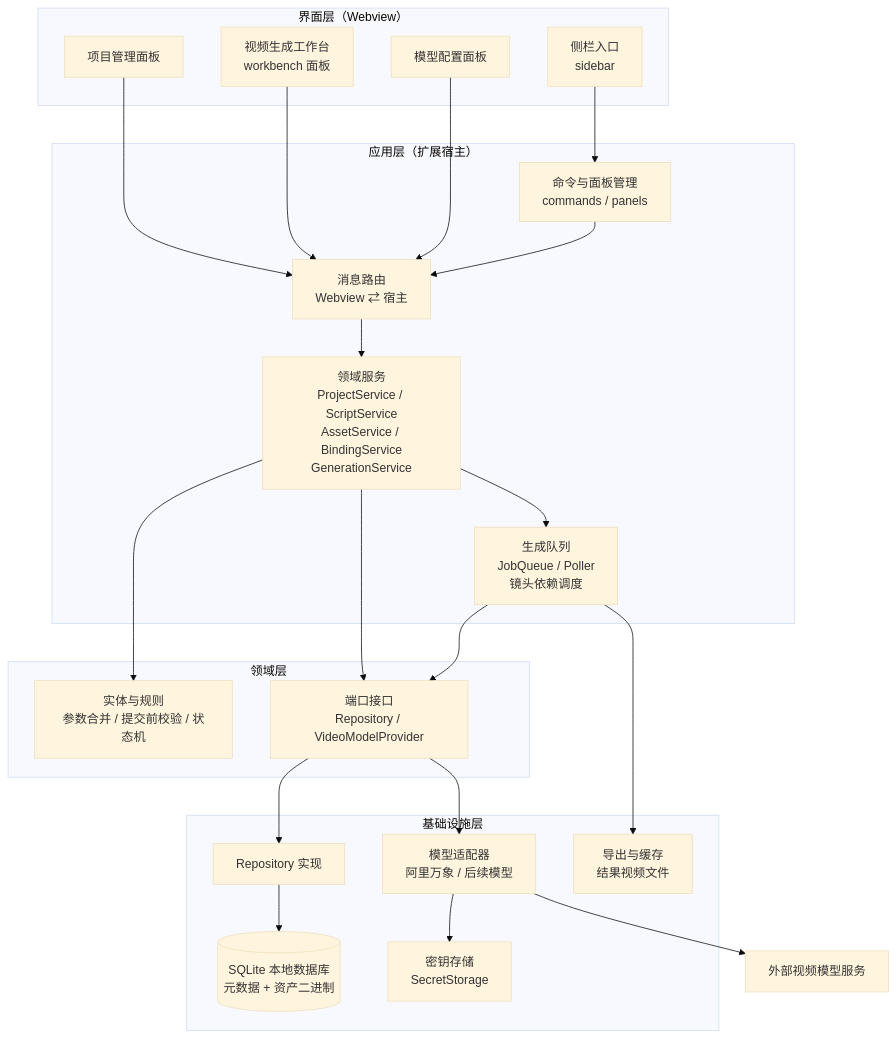
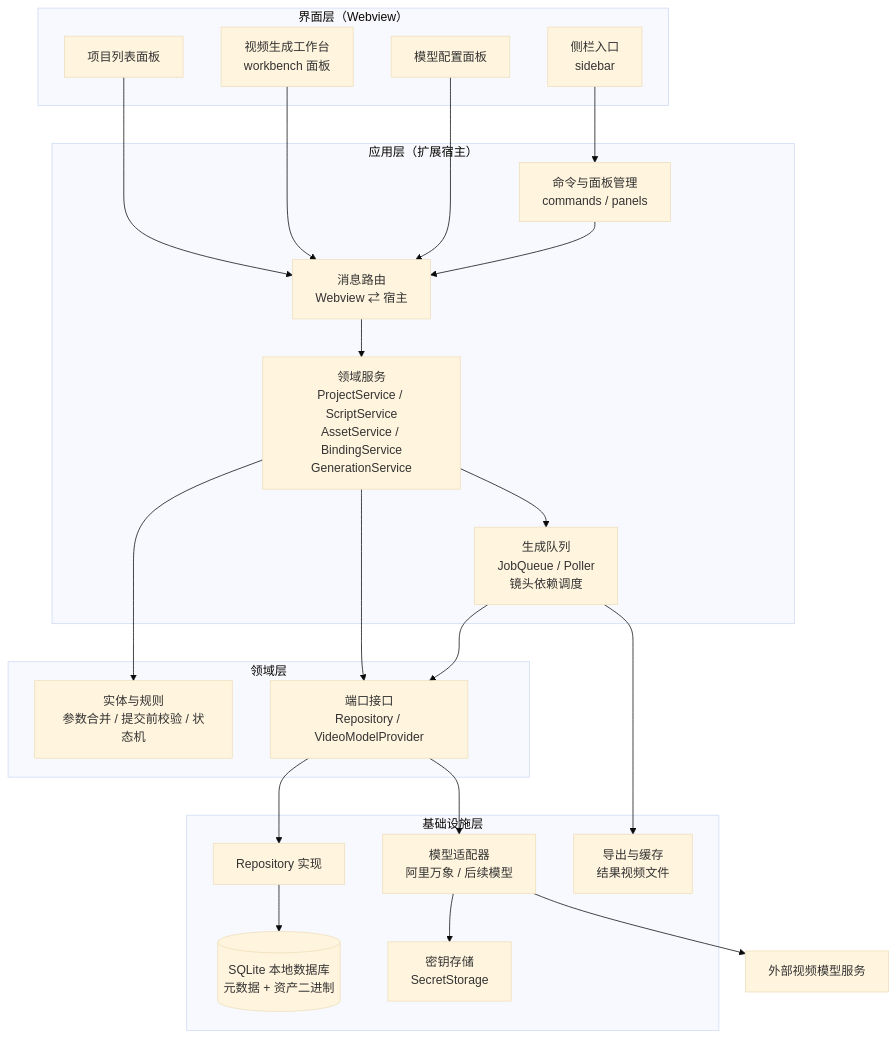
Before and after one commit to sengbin/ai-video-studio: the first of 8 diagrams in doc/ARCHITECTURE.md, drawn with Mermaid (base theme). The commit also changed other lines of this file and 2 other files, not shown here.

````diff
--- a/doc/ARCHITECTURE.md
+++ b/doc/ARCHITECTURE.md
@@ -18,48 +19,48 @@
 ```mermaid
 flowchart TB
   subgraph UI["界面层（Webview）"]
     SB["侧栏入口<br/>sidebar"]
     WB["视频生成工作台<br/>workbench 面板"]
-    PM["项目管理面板"]
+    PM["项目列表面板"]
     MC["模型配置面板"]
   end
 
   subgraph APP["应用层（扩展宿主）"]
     CMD["命令与面板管理<br/>commands / panels"]
     MSG["消息路由<br/>Webview ⇄ 宿主"]
     SVC["领域服务<br/>ProjectService / ScriptService<br/>AssetService / BindingService<br/>GenerationService"]
     QUE["生成队列<br/>JobQueue / Poller<br/>镜头依赖调度"]
   end
 
   subgraph DOM["领域层"]
     ENT["实体与规则<br/>参数合并 / 提交前校验 / 状态机"]
     PORT["端口接口<br/>Repository / VideoModelProvider"]
   end
 
   subgraph INFRA["基础设施层"]
     DB[("SQLite 本地数据库<br/>元数据 + 资产二进制")]
     REPO["Repository 实现"]
     PRV["模型适配器<br/>阿里万象 / 后续模型"]
     SEC["密钥存储<br/>SecretStorage"]
     FS["导出与缓存<br/>结果视频文件"]
   end
 
   EXT["外部视频模型服务"]
 
   SB --> CMD
   PM --> MSG
   WB --> MSG
   MC --> MSG
   CMD --> MSG
   MSG --> SVC
   SVC --> ENT
   SVC --> QUE
   SVC --> PORT
   QUE --> PORT
   PORT --> REPO
   PORT --> PRV
   REPO --> DB
   PRV --> SEC
   PRV --> EXT
   QUE --> FS
 ```
````
